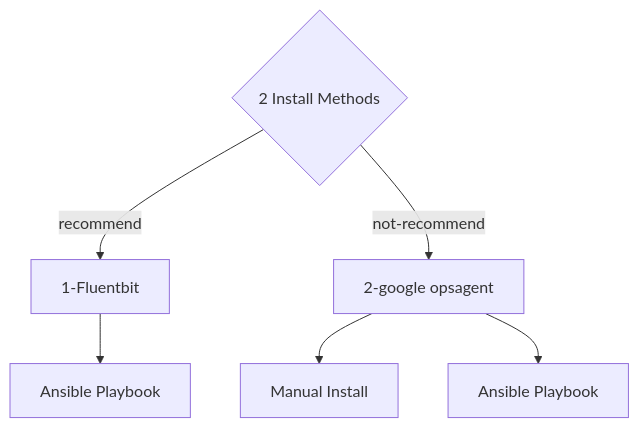
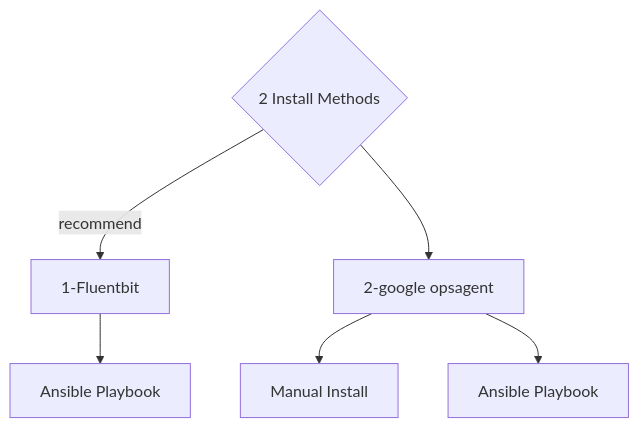
The diagram in README.md (liuchenggang2014/fluentbit-opsagent-on-aws), drawn with Mermaid before and after one commit.

Commit message:
add flow chart with clear method recommendation

````diff
--- a/README.md
+++ b/README.md
@@ -3,8 +3,8 @@
 ```mermaid
 flowchart TD
 A{2 Install Methods} --> |recommend| B[1-Fluentbit] 
-A --> |not-recommend| C[2-google opsagent]
+A --> C[2-google opsagent]
 B --> B1[Ansible Playbook]
 C --> C1[Manual Install]
 C --> C2[Ansible Playbook]
 ```
````
